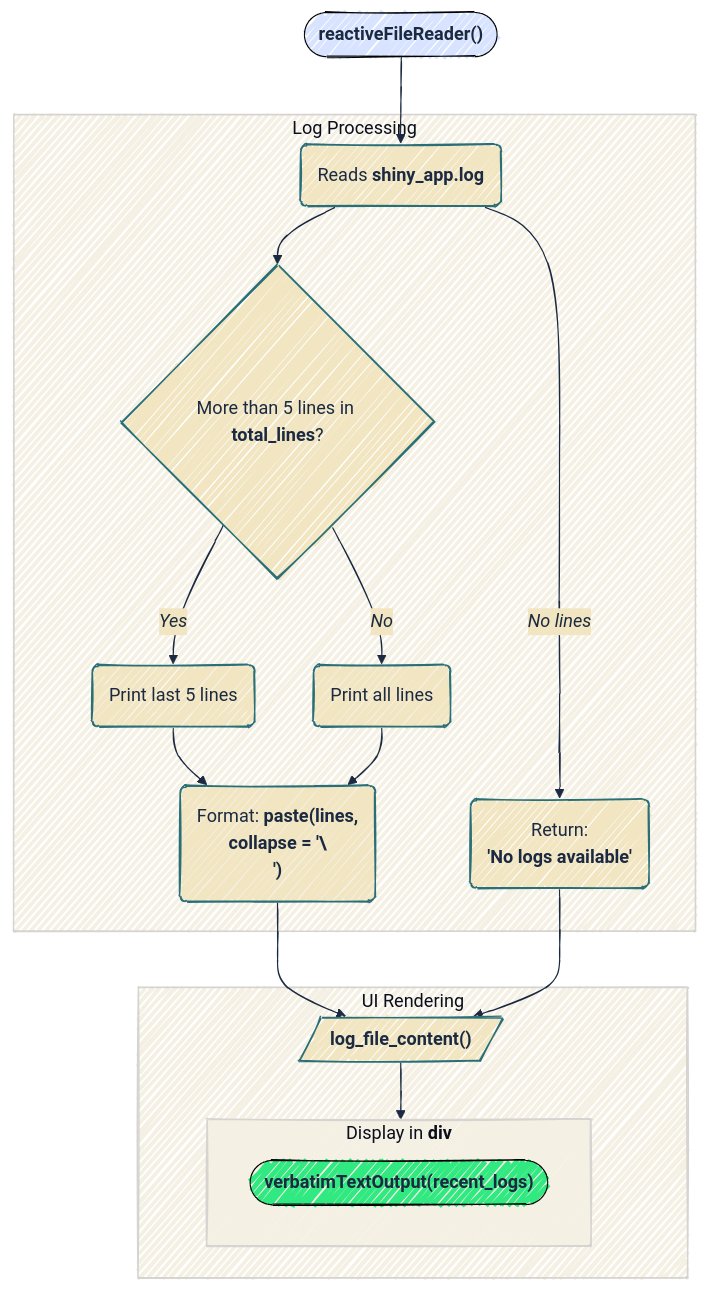
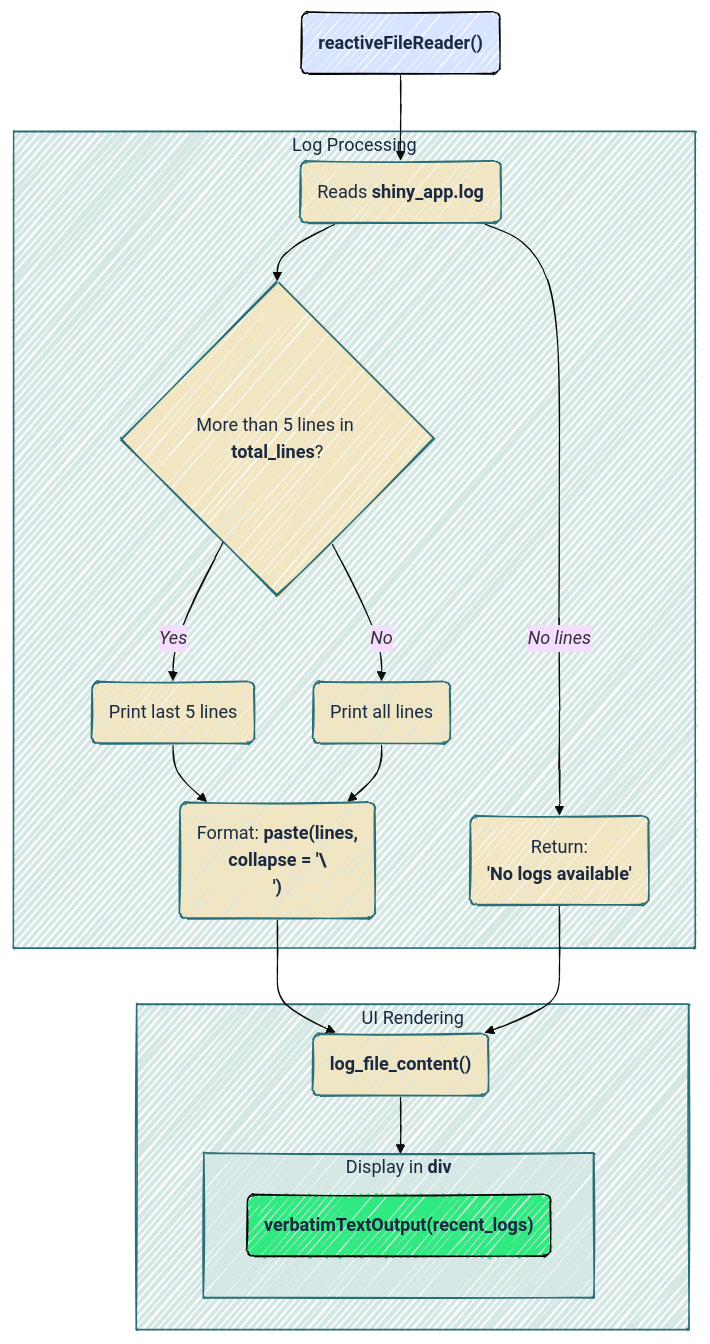
Before and after one commit to mjfrigaard/do4ds-labs: the third of 3 diagrams in app-log-r.qmd, drawn with Mermaid. The commit also changed other lines of this file and 37 other files, not shown here.

Commit message:
updates to mermaid

````diff
--- a/app-log-r.qmd
+++ b/app-log-r.qmd
@@ -641,45 +649,49 @@
 ```{mermaid}
 %%| fig-cap: 'Displaying logs'
 %%| fig-align: center
 %%| fig-width: 7.0
-%%{init: {'theme': 'base', 'look': 'handDrawn', 'themeVariables': { 'fontFamily': 'monospace', 'primaryColor': '#F2E6C2', 'primaryBorderColor': '#2A6F77', 'primaryTextColor': '#1B2A41', 'secondaryColor': '#d4e7e4', 'tertiaryColor': '#f5f0e4', 'lineColor': '#1B2A41', 'edgeLabelBackground': '#F2E6C2'}}}%%
+%%{init: {'theme': 'base', 'look': 'handDrawn', 'themeVariables': {'fontFamily': 'monospace'}}}%%
 
 flowchart TD
-  A(["<strong>reactiveFileReader()</strong> "])
+  A("<strong>reactiveFileReader()</strong> ")
 
  subgraph LogProc["Log Processing"]
         H("Reads <strong>shiny_app.log</strong>")
         I{"More than 5 lines in <strong>total_lines</strong>?"}
         J("Print last 5 lines")
         K("Print all lines")
         L("Format: <strong>paste(lines,</strong><br><strong>collapse = '\\n')</strong>")
         M("Return:<br><strong>'No logs available'</strong>")
   end
 
     A --> H
     H --> I
     I -- "<em>Yes</em" --> J
     I -- "<em>No</em>" --> K
     J --> L
     K --> L
     H -- "<em>No lines</em>"--> M
 
  subgraph UI["UI Rendering"]
-     N[/"<strong>log_file_content()</strong>"/]
+     N("<strong>log_file_content()</strong>")
      subgraph P["Display in <strong>div</strong>"]
-         O(["<strong>verbatimTextOutput(recent_logs)</strong>"])
+         O("<strong>verbatimTextOutput(recent_logs)</strong>")
      end
   end
   
   L & M --> N
   N --> P
 
 	style A stroke-width:1px
     
     classDef log fill:#d8e4ff,stroke:#000,stroke-width:1px
     class A log
     
     classDef outcome fill:#31e981,stroke:#000,stroke-width:1px
     class O outcome
+    classDef default fill:#F2E6C2,stroke:#2A6F77,color:#1B2A41
+    style LogProc fill:#d4e7e4,stroke:#2A6F77,color:#1B2A41
+    style UI fill:#d4e7e4,stroke:#2A6F77,color:#1B2A41
+    style P fill:#d4e7e4,stroke:#2A6F77,color:#1B2A41
 
 ```
````
